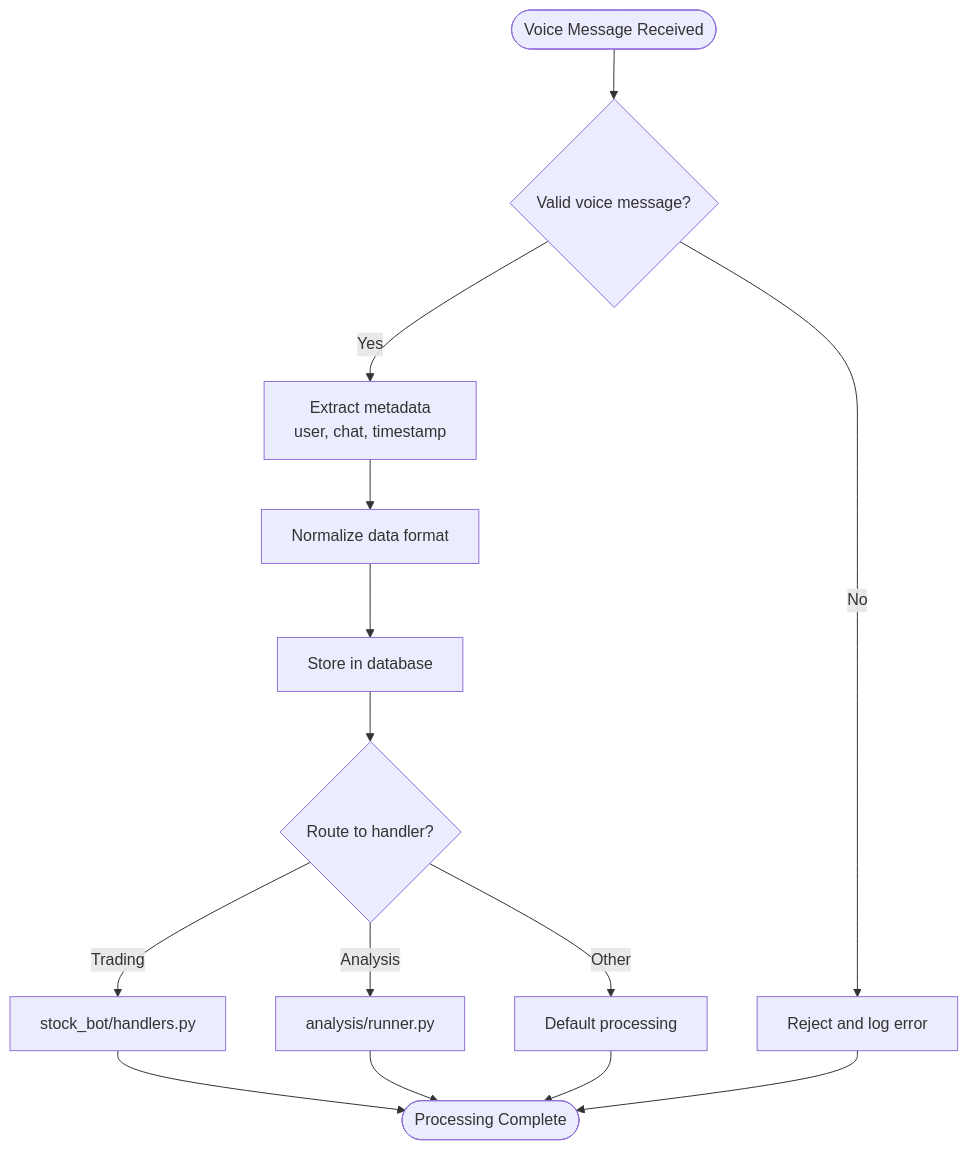
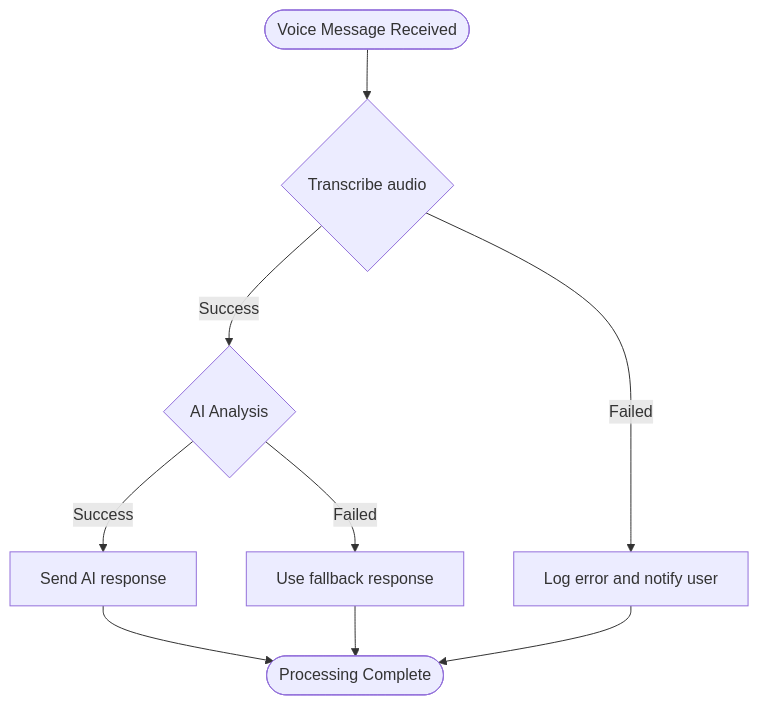
One commit to ZengSeng/telegram-bot changed the third of 5 diagrams in .qoder/repowiki/en/content/Project Overview.md. Above: the diagram before and after it, drawn with Mermaid. The commit also changed other lines of this file and 8 other files, not shown here.

````diff
--- a/.qoder/repowiki/en/content/Project Overview.md
+++ b/.qoder/repowiki/en/content/Project Overview.md
@@ -227,16 +224,11 @@
 ```mermaid
 flowchart TD
-Start(["Voice Message Received"]) --> Validate{"Valid voice message?"}
-Validate --> |No| Reject["Reject and log error"]
-Validate --> |Yes| Extract["Extract metadata<br/>user, chat, timestamp"]
-Extract --> Normalize["Normalize data format"]
-Normalize --> Store["Store in database"]
-Store --> Route{"Route to handler?"}
-Route --> |Trading| TradingHandler["stock_bot/handlers.py"]
-Route --> |Analysis| AnalysisHandler["analysis/runner.py"]
-Route --> |Other| DefaultHandler["Default processing"]
-TradingHandler --> End(["Processing Complete"])
-AnalysisHandler --> End
-DefaultHandler --> End
-Reject --> End
+Start(["Voice Message Received"]) --> Transcribe{"Transcribe audio"}
+Transcribe --> |Success| Analyze{"AI Analysis"}
+Transcribe --> |Failed| Error["Log error and notify user"]
+Analyze --> |Success| Reply["Send AI response"]
+Analyze --> |Failed| Fallback["Use fallback response"]
+Reply --> End(["Processing Complete"])
+Fallback --> End
+Error --> End
 ```
````
